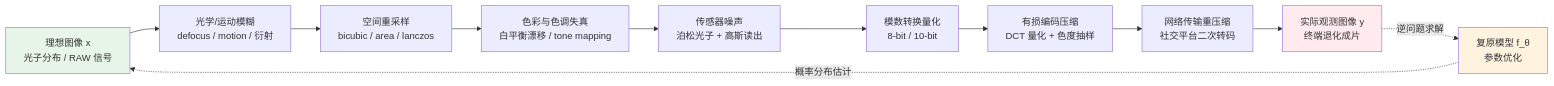
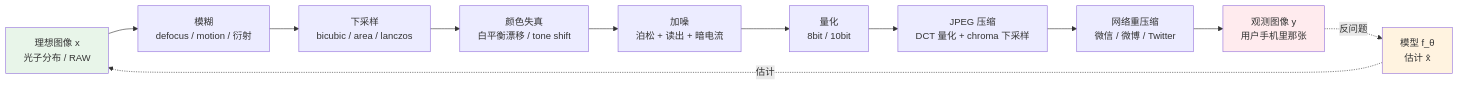
The first of 2 diagrams in chapters/01-degradation-model.md (yingwang/image-enhancement-guide), drawn with Mermaid before and after one commit. The commit also changed other lines of this file and 18 other files, not shown here.

````diff
--- a/chapters/01-degradation-model.md
+++ b/chapters/01-degradation-model.md
@@ -261,17 +265,17 @@
 ```mermaid
 graph LR
-    X["理想图像 x<br/>光子分布 / RAW 信号"] --> Blur["光学/运动模糊<br/>defocus / motion / 衍射"]
-    Blur --> Down["空间重采样<br/>bicubic / area / lanczos"]
-    Down --> Color["色彩与色调失真<br/>白平衡漂移 / tone mapping"]
-    Color --> Noise["传感器噪声<br/>泊松光子 + 高斯读出"]
-    Noise --> Quant["模数转换量化<br/>8-bit / 10-bit"]
-    Quant --> JPEG["有损编码压缩<br/>DCT 量化 + 色度抽样"]
-    JPEG --> Net["网络传输重压缩<br/>社交平台二次转码"]
-    Net --> Y["实际观测图像 y<br/>终端退化成片"]
-    Y -. 逆问题求解 .-> Inv["复原模型 f_θ<br/>参数优化"]
-    Inv -. 概率分布估计 .-> X
+    X[理想图像 x<br/>光子分布 / RAW] --> Blur[模糊<br/>defocus / motion / 衍射]
+    Blur --> Down[下采样<br/>bicubic / area / lanczos]
+    Down --> Color[颜色失真<br/>白平衡漂移 / tone shift]
+    Color --> Noise[加噪<br/>泊松 + 读出 + 暗电流]
+    Noise --> Quant[量化<br/>8bit / 10bit]
+    Quant --> JPEG[JPEG 压缩<br/>DCT 量化 + chroma 下采样]
+    JPEG --> Net[网络重压缩<br/>微信 / 微博 / Twitter]
+    Net --> Y[观测图像 y<br/>用户手机里那张]
+    Y -. 反问题 .-> Inv[模型 f_θ<br/>估计 x̂]
+    Inv -. 估计 .-> X
 
     style X fill:#e8f5e9
     style Y fill:#ffebee
     style Inv fill:#fff3e0
 ```
````
